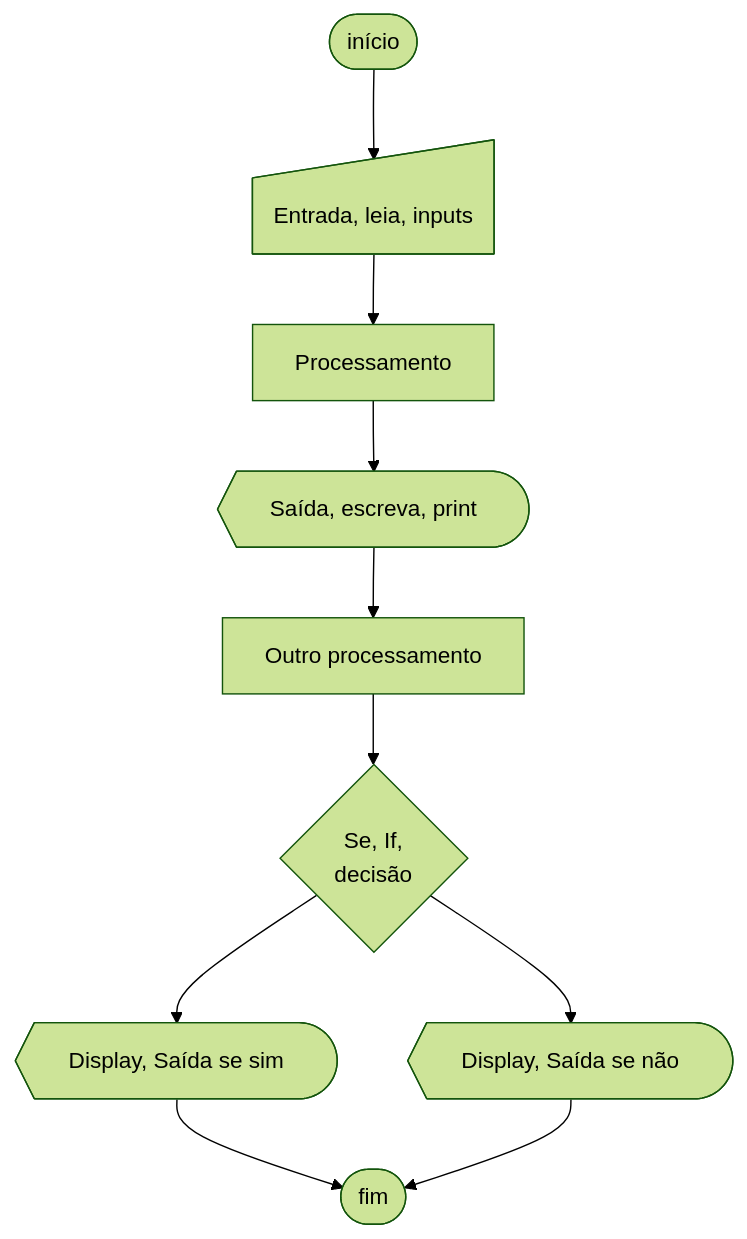
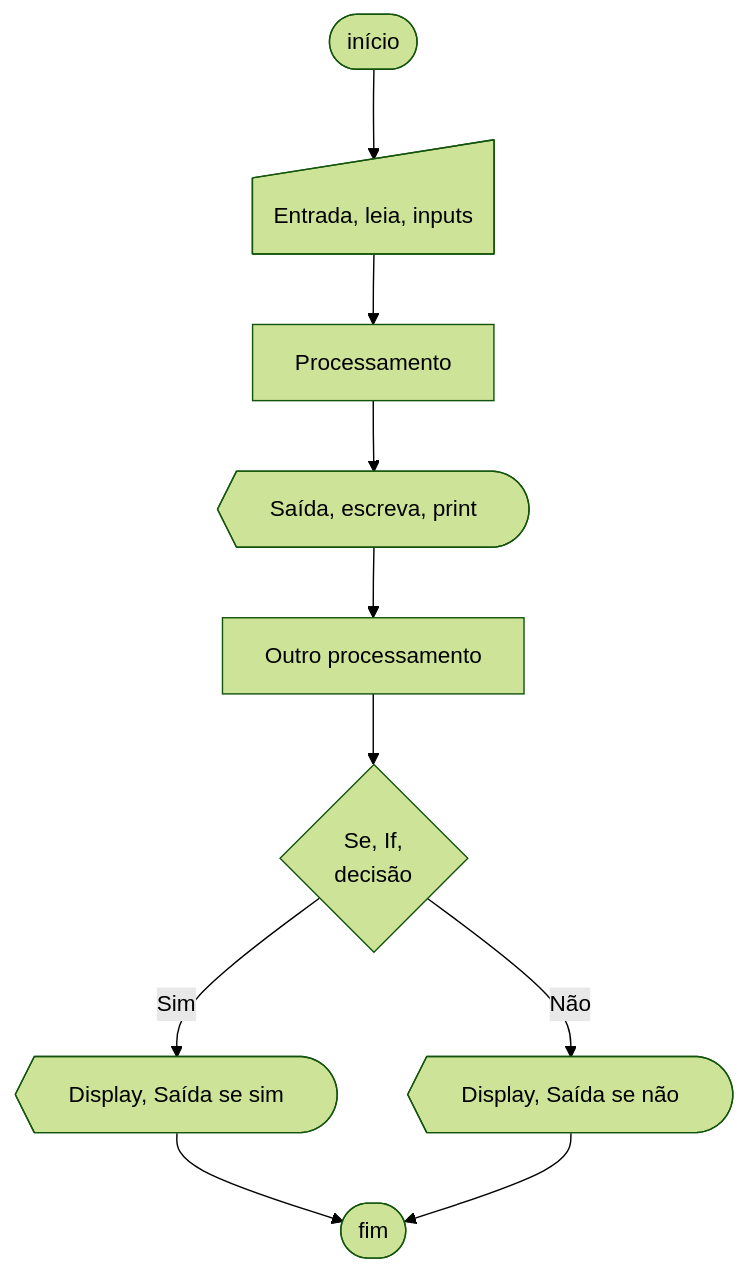
One commit to wellifabio/senai2026 changed the second of 4 diagrams in fic/mermaid/README.md. Above: the diagram before and after it, drawn with Mermaid (forest theme). The commit also changed other lines of this file, not shown here.

````diff
--- a/fic/mermaid/README.md
+++ b/fic/mermaid/README.md
@@ -20,12 +20,12 @@
 ```mermaid
 flowchart TD
     A([início]) --> B@{ shape: manual-input, label: "Entrada, leia, inputs"}
     B --> C["Processamento"]
     C --> D@{ shape: curv-trap, label: "Saída, escreva, print"}
     D --> E["Outro processamento"]
     E --> F@{ shape: decision, label: "Se, If,<br>decisão" }
-    F --> G@{ shape: curv-trap, label: "Display, Saída se sim"}
-    F --> H@{ shape: curv-trap, label: "Display, Saída se não"}
+    F -->|Sim| G@{ shape: curv-trap, label: "Display, Saída se sim"}
+    F -->|Não| H@{ shape: curv-trap, label: "Display, Saída se não"}
     G --> I([fim])
     H --> I([fim])
 ```
````
